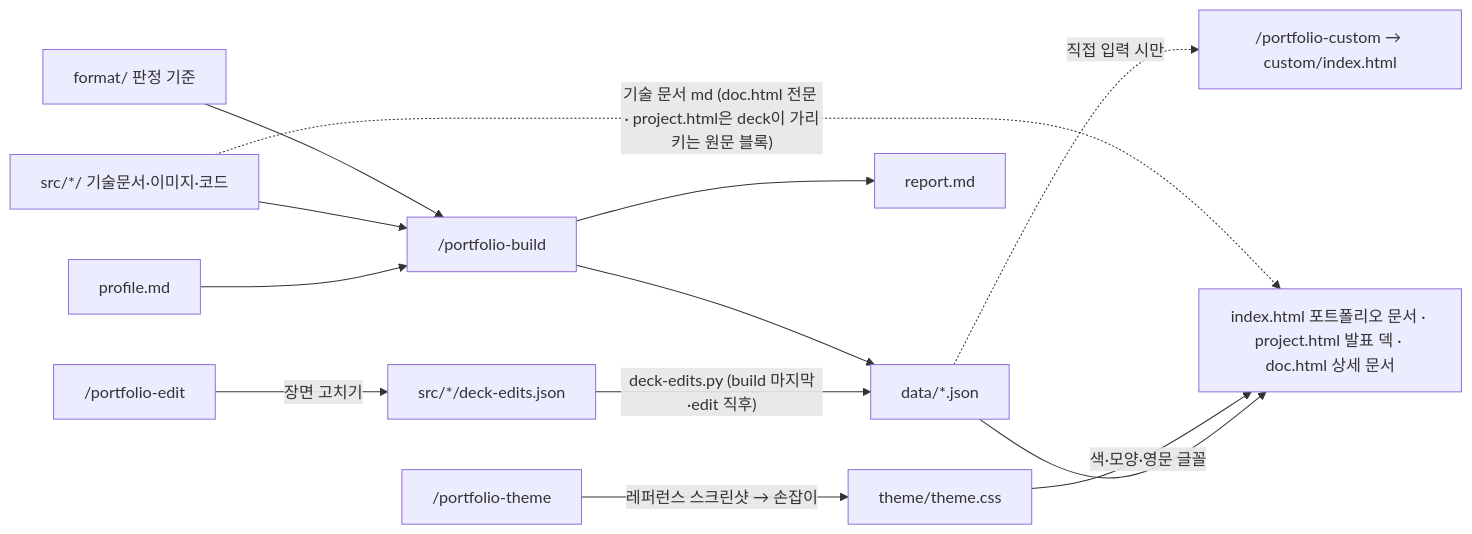
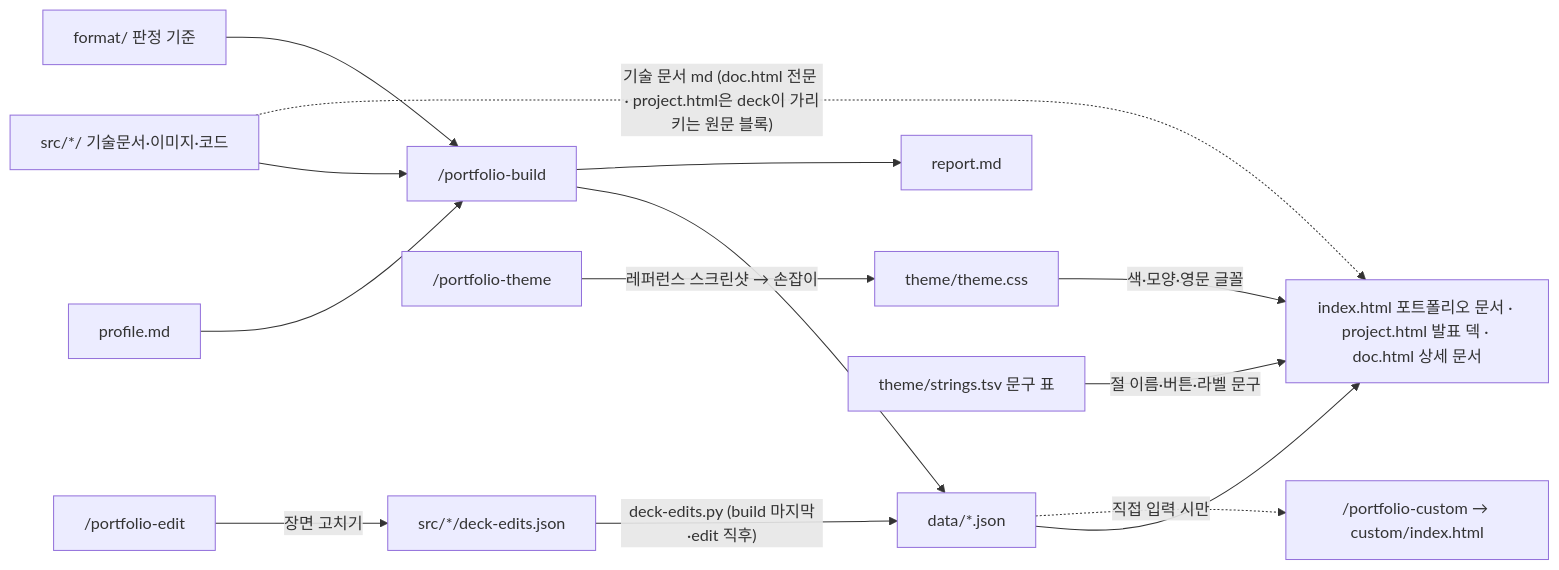
Before and after one commit to krKooHoo/portfolio-test: the diagram in CLAUDE.md, drawn with Mermaid. The commit also changed other lines of this file and 15 other files, not shown here.

First line of the commit message:
문구 표(스트링 테이블): 절 이름·버튼·라벨 문구를 theme/strings.tsv에서 바꾸기

````diff
--- a/CLAUDE.md
+++ b/CLAUDE.md
@@ -40,15 +41,16 @@
 ```mermaid
 flowchart LR
     P["profile.md"] --> B["/portfolio-build"]
     S["src/*/ 기술문서·이미지·코드"] --> B
     F["format/ 판정 기준"] --> B
     E["/portfolio-edit"] -->|"장면 고치기"| X["src/*/deck-edits.json"]
     X -->|"deck-edits.py (build 마지막·edit 직후)"| D
     B --> D["data/*.json"]
     B --> R["report.md"]
     D --> I["index.html 포트폴리오 문서 · project.html 발표 덱 · doc.html 상세 문서"]
     T["/portfolio-theme"] -->|"레퍼런스 스크린샷 → 손잡이"| TC["theme/theme.css"]
     TC -->|"색·모양·영문 글꼴"| I
+    SR["theme/strings.tsv 문구 표"] -->|"절 이름·버튼·라벨 문구"| I
     S -.->|"기술 문서 md (doc.html 전문 · project.html은 deck이 가리키는 원문 블록)"| I
     D -.->|"직접 입력 시만"| C["/portfolio-custom → custom/index.html"]
 ```
````
